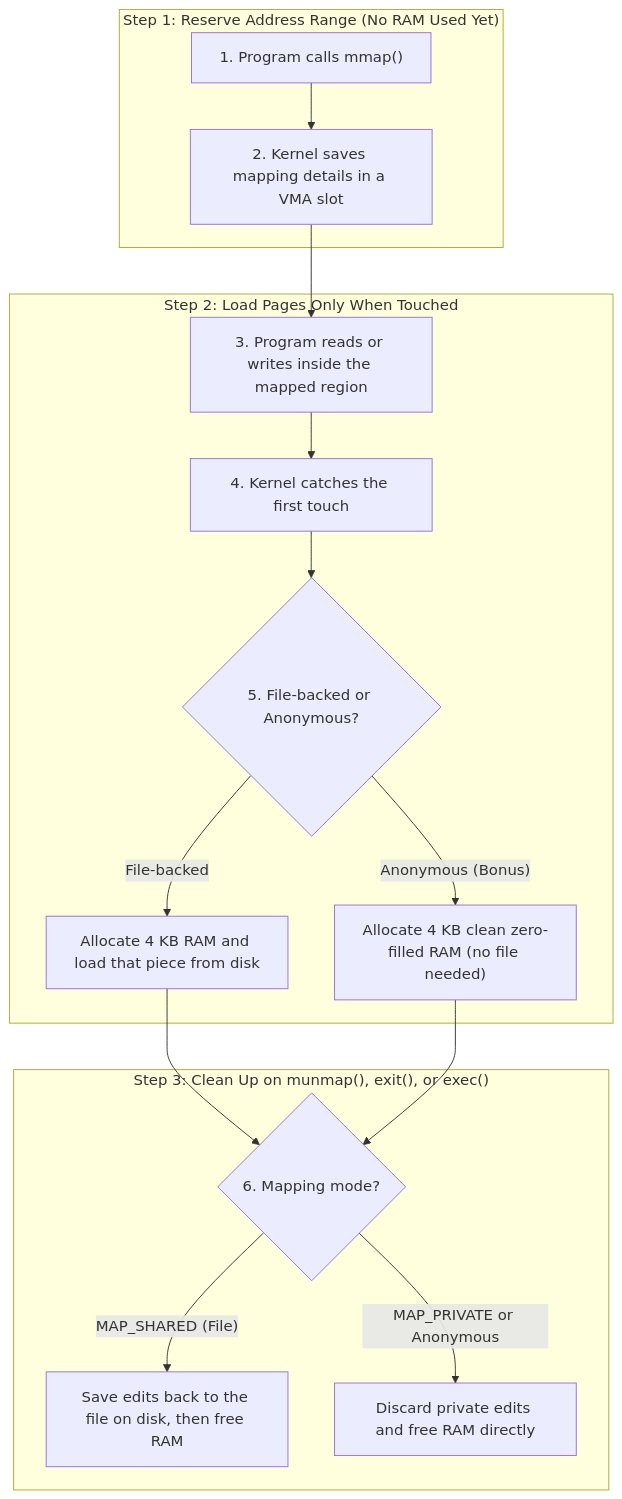
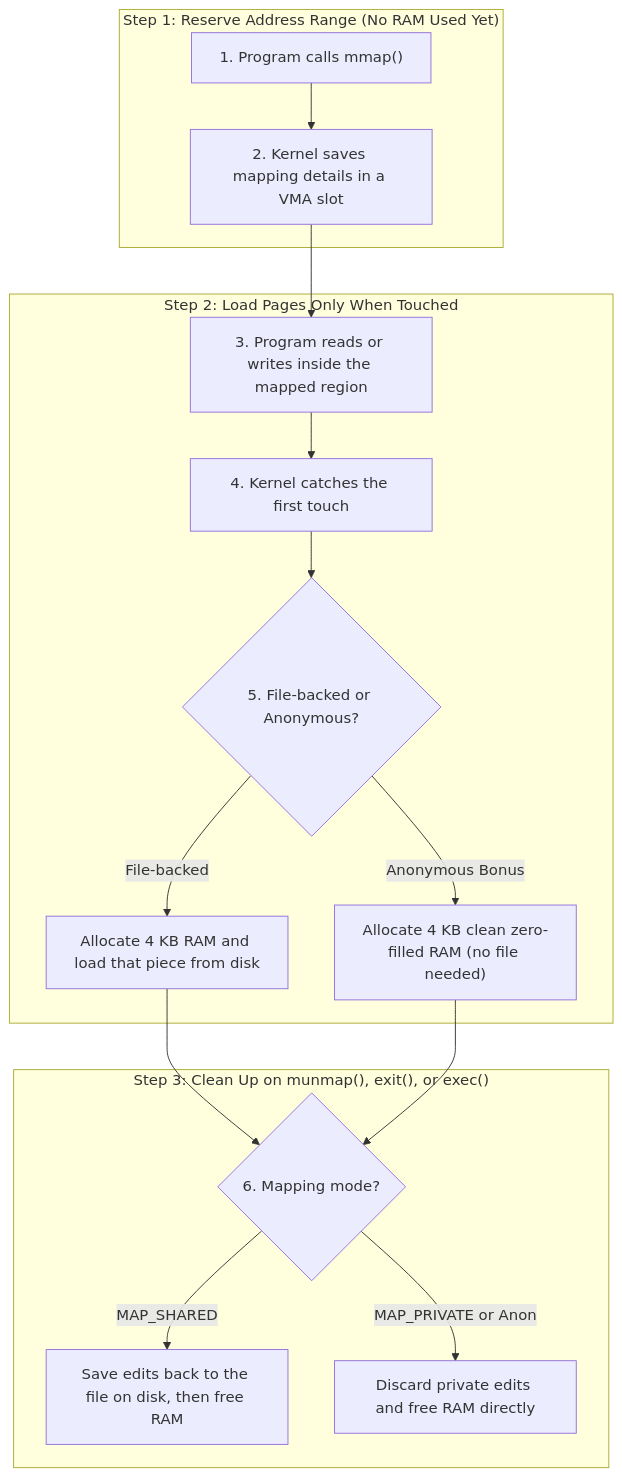
Before and after one commit to asbahkhan67-ctrl/xv6-riscv: the sixth of 21 diagrams in README.md, drawn with Mermaid. The commit also changed other lines of this file and 167 other files, not shown here.

````diff
--- a/README.md
+++ b/README.md
@@ -487,23 +387,23 @@
 ```mermaid
 flowchart TD
     subgraph Step1["Step 1: Reserve Address Range (No RAM Used Yet)"]
         M1["1. Program calls mmap()"] --> M2["2. Kernel saves mapping details in a VMA slot"]
     end
 
     subgraph Step2["Step 2: Load Pages Only When Touched"]
         T1["3. Program reads or writes inside the mapped region"] --> T2["4. Kernel catches the first touch"]
         T2 --> T3{"5. File-backed or Anonymous?"}
-        T3 -- "File-backed" --> T4["Allocate 4 KB RAM and load that piece from disk"]
-        T3 -- "Anonymous (Bonus)" --> T5["Allocate 4 KB clean zero-filled RAM (no file needed)"]
+        T3 -->|File-backed| T4["Allocate 4 KB RAM and load that piece from disk"]
+        T3 -->|Anonymous Bonus| T5["Allocate 4 KB clean zero-filled RAM (no file needed)"]
     end
 
     subgraph Step3["Step 3: Clean Up on munmap(), exit(), or exec()"]
         U1{"6. Mapping mode?"}
-        U1 -- "MAP_SHARED (File)" --> U2["Save edits back to the file on disk, then free RAM"]
-        U1 -- "MAP_PRIVATE or Anonymous" --> U3["Discard private edits and free RAM directly"]
+        U1 -->|MAP_SHARED| U2["Save edits back to the file on disk, then free RAM"]
+        U1 -->|MAP_PRIVATE or Anon| U3["Discard private edits and free RAM directly"]
     end
 
     M2 --> T1
     T4 --> U1
     T5 --> U1
 ```
````
